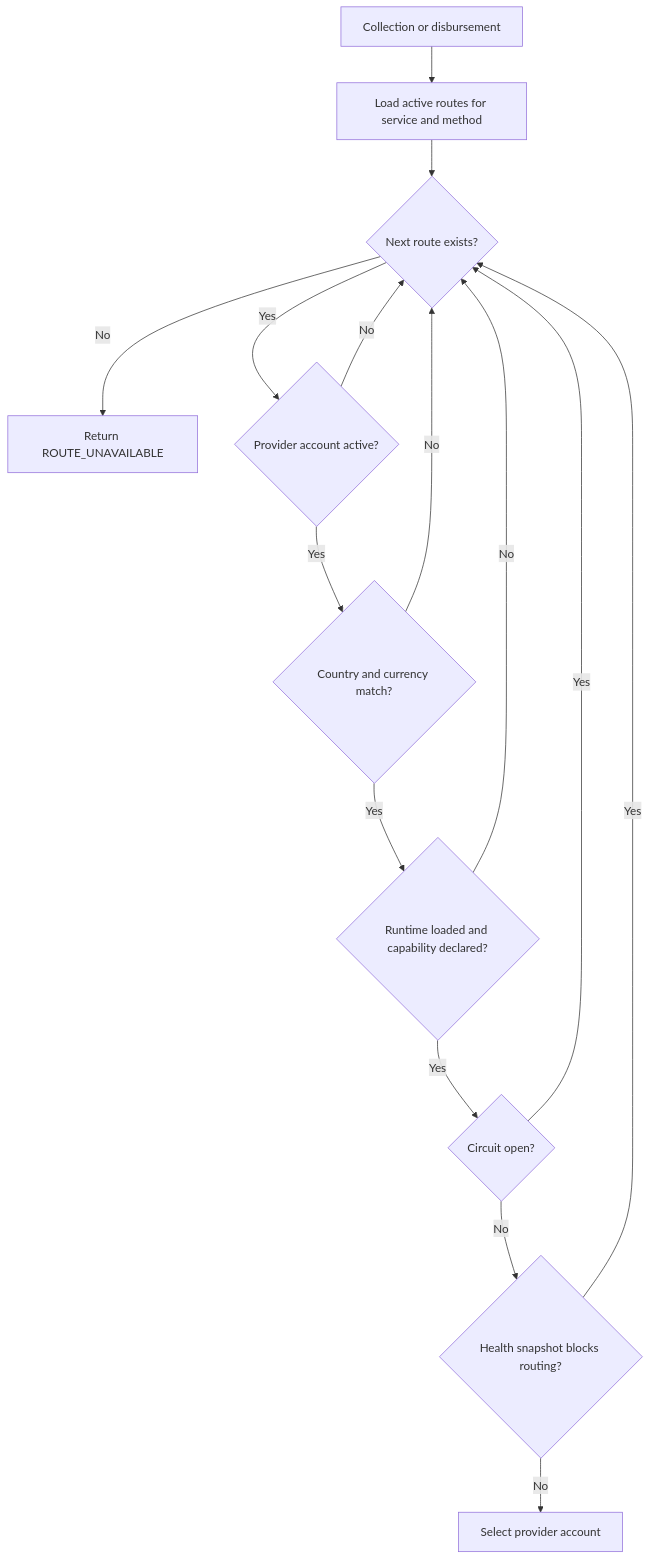
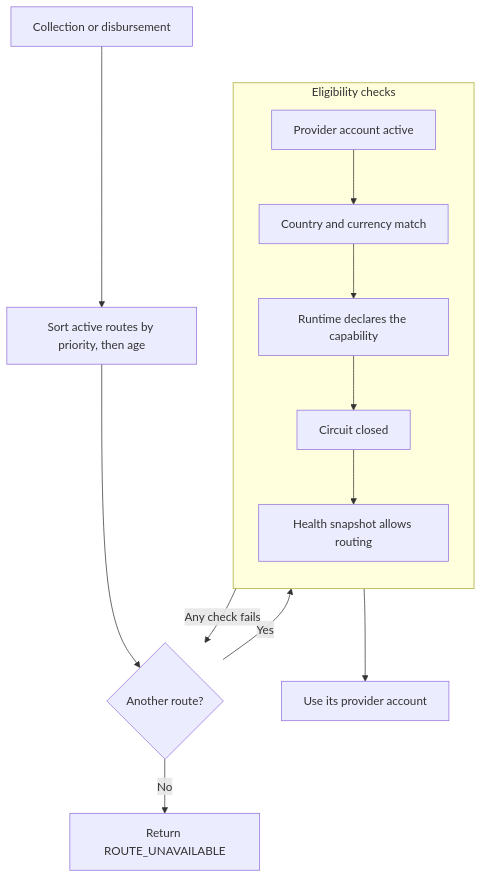
Before and after one commit to momobasehq/momobasehq.github.io: the diagram in guide/routing.md, drawn with Mermaid. The commit also changed 4 other files, not shown here.

Commit message:
docs: redraw diagrams as grouped flowcharts and architecture views

````diff
--- a/guide/routing.md
+++ b/guide/routing.md
@@ -7,17 +7,16 @@
 ```mermaid
 flowchart TD
-    Start[Collection or disbursement] --> Routes[Load active routes for service and method]
-    Routes --> Next{Next route exists?}
+    Request[Collection or disbursement] --> Load[Sort active routes by priority, then age]
+    Load --> Next{Another route?}
     Next -->|No| Unavailable[Return ROUTE_UNAVAILABLE]
-    Next -->|Yes| Account{Provider account active?}
-    Account -->|No| Next
-    Account -->|Yes| Locale{Country and currency match?}
-    Locale -->|No| Next
-    Locale -->|Yes| Runtime{Runtime loaded and capability declared?}
-    Runtime -->|No| Next
-    Runtime -->|Yes| Circuit{Circuit open?}
-    Circuit -->|Yes| Next
-    Circuit -->|No| Health{Health snapshot blocks routing?}
-    Health -->|Yes| Next
-    Health -->|No| Selected[Select provider account]
+    Next -->|Yes| Active
+    subgraph checks[Eligibility checks]
+        direction TB
+        Active[Provider account active] --> Locale[Country and currency match]
+        Locale --> Capable[Runtime declares the capability]
+        Capable --> Circuit[Circuit closed]
+        Circuit --> Healthy[Health snapshot allows routing]
+    end
+    checks -->|Any check fails| Next
+    Healthy --> Selected[Use its provider account]
 ```
````
